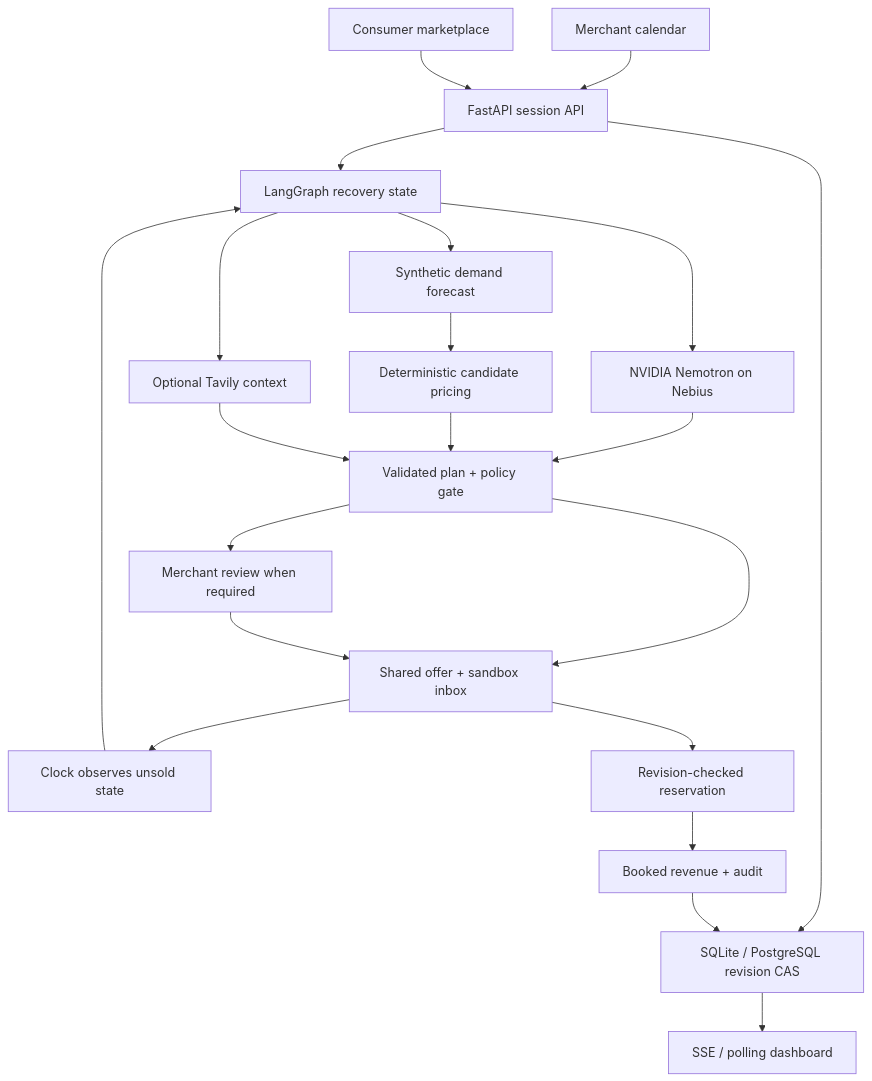
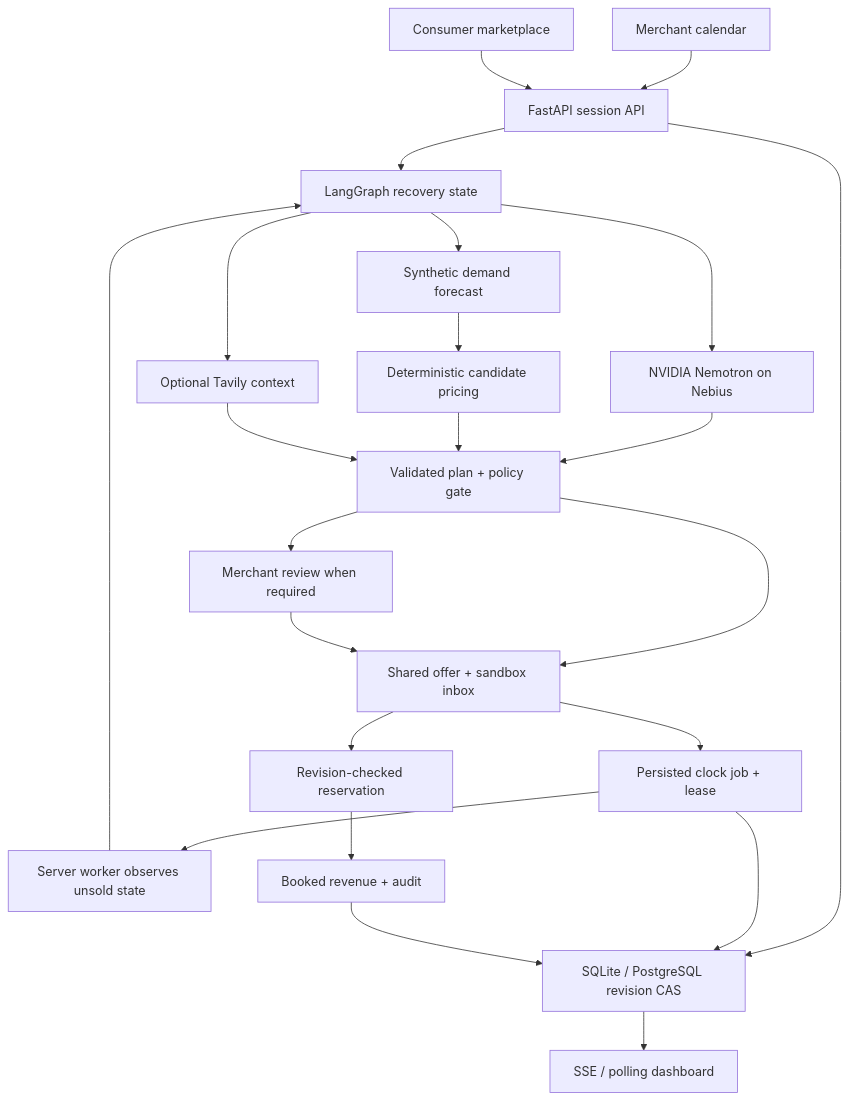
The diagram in docs/ARCHITECTURE.md (yimtaegyun/revslot), drawn with Mermaid before and after one commit. The commit also changed other lines of this file and 16 other files, not shown here.

````diff
--- a/docs/ARCHITECTURE.md
+++ b/docs/ARCHITECTURE.md
@@ -3,23 +3,25 @@
 ```mermaid
 flowchart TD
   Merchant["Merchant calendar"] --> API["FastAPI session API"]
   Consumer["Consumer marketplace"] --> API
   API --> Store["SQLite / PostgreSQL revision CAS"]
   API --> Graph["LangGraph recovery state"]
   Graph --> Demand["Synthetic demand forecast"]
   Graph --> Model["NVIDIA Nemotron on Nebius"]
   Graph --> Context["Optional Tavily context"]
   Demand --> Price["Deterministic candidate pricing"]
   Model --> Guard["Validated plan + policy gate"]
   Price --> Guard
   Context --> Guard
   Guard --> Review["Merchant review when required"]
   Guard --> Publish["Shared offer + sandbox inbox"]
-  Publish --> Monitor["Clock observes unsold state"]
+  Publish --> Jobs["Persisted clock job + lease"]
+  Jobs --> Monitor["Server worker observes unsold state"]
+  Jobs --> Store
   Monitor --> Graph
   Publish --> Booking["Revision-checked reservation"]
   Review --> Publish
   Booking --> Outcome["Booked revenue + audit"]
   Outcome --> Store
   Store --> UI["SSE / polling dashboard"]
 ```
````
